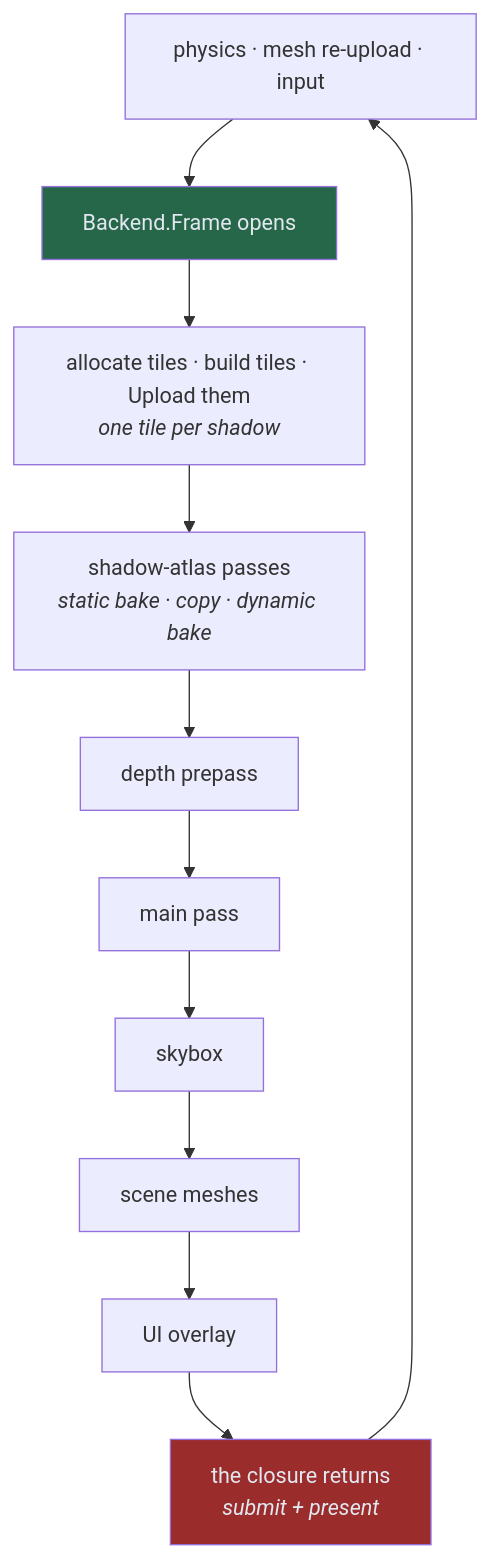
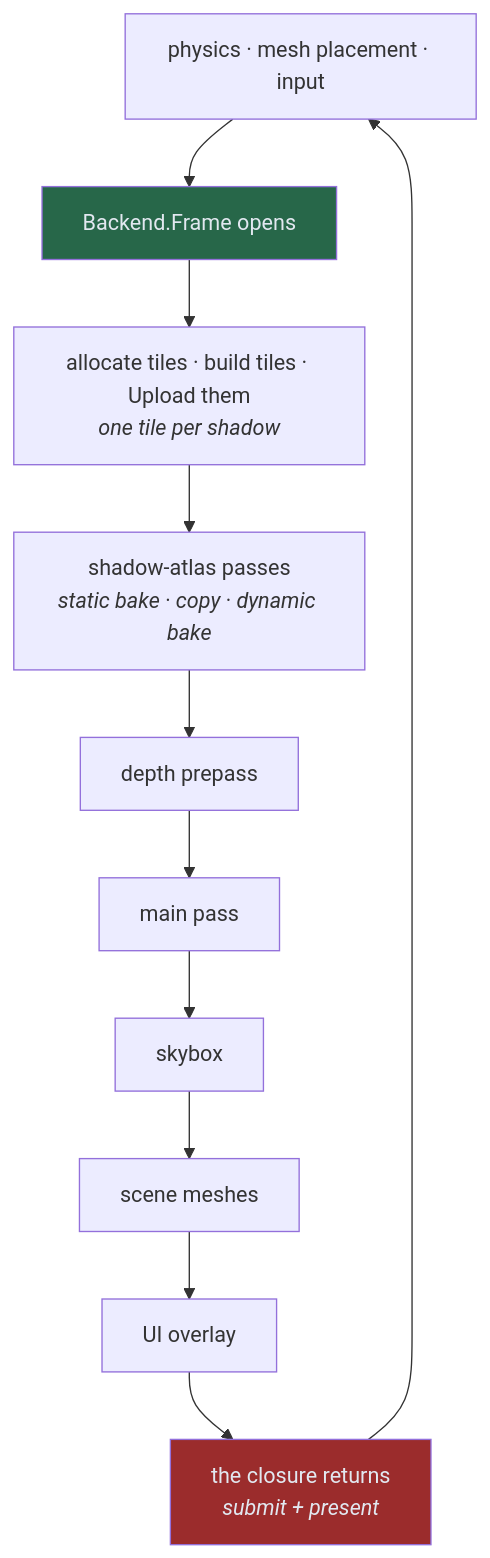
The fourth of 4 diagrams in notes/OVERVIEW.md (Zephyr75/overdrive), drawn with Mermaid before and after one commit. The commit also changed other lines of this file and 12 other files, not shown here.

````diff
--- a/notes/OVERVIEW.md
+++ b/notes/OVERVIEW.md
@@ -126,14 +126,14 @@
 ```mermaid
 graph TD
-    P["physics · mesh re-upload · input"] --> BF["Backend.Frame opens"]
+    P["physics · mesh placement · input"] --> BF["Backend.Frame opens"]
     BF --> AL["allocate tiles · build tiles · Upload them<br/><i>one tile per shadow</i>"]
     AL --> S1["shadow-atlas passes<br/><i>static bake · copy · dynamic bake</i>"]
     S1 --> DP["depth prepass"]
     DP --> MP["main pass"]
     MP --> SK["skybox"] --> SC["scene meshes"] --> UI["UI overlay"]
     UI --> EF["the closure returns<br/><i>submit + present</i>"]
     EF --> P
 
     style BF fill:#276749,color:#e2e8f0
     style EF fill:#9b2c2c,color:#e2e8f0
 ```
````
